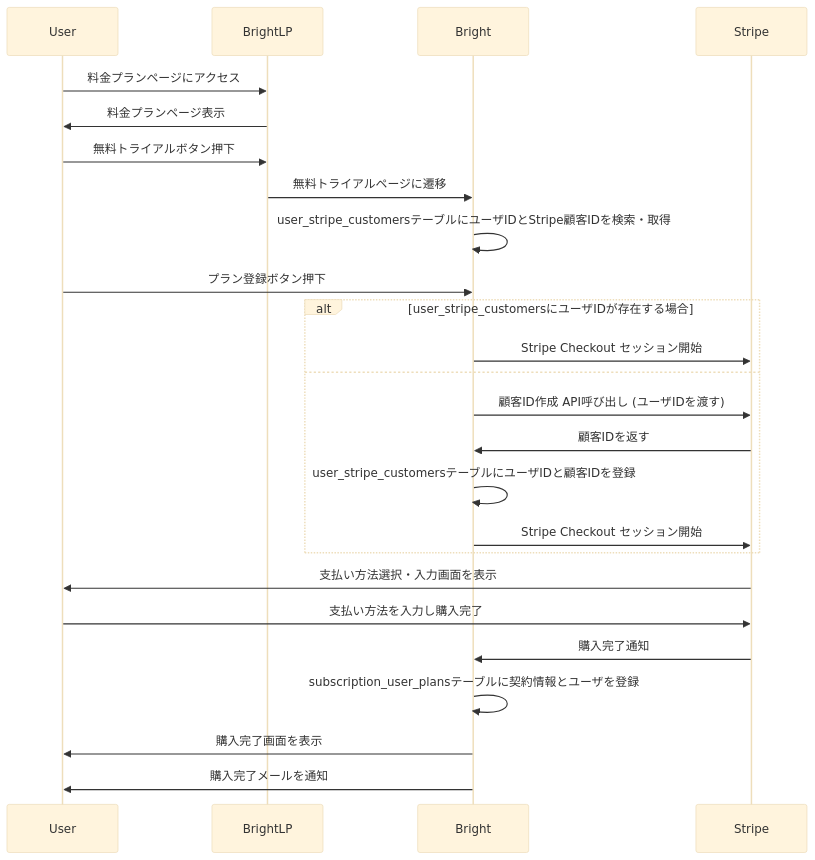
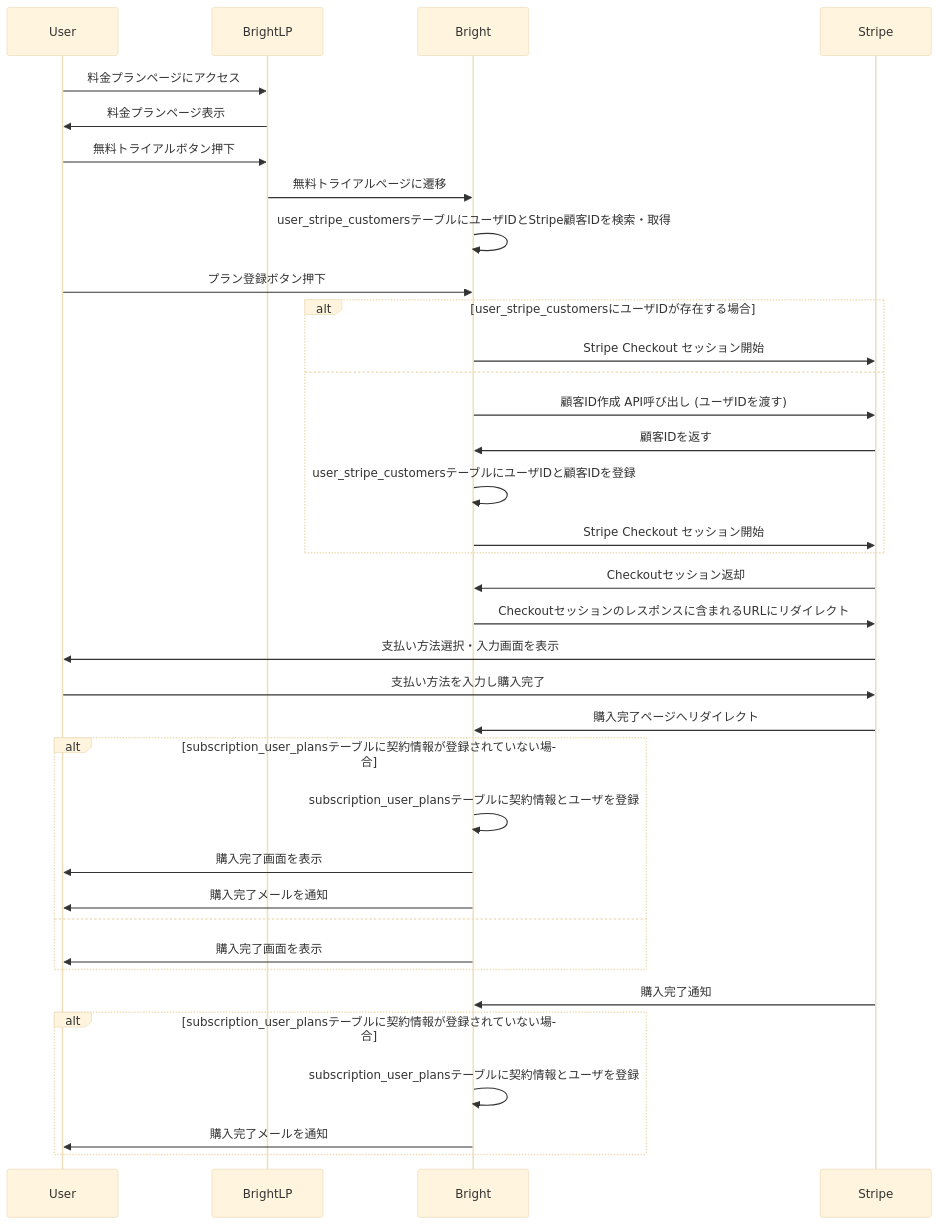
Before and after one commit to bright-org/bright: the fifth of 11 diagrams in docs/logics/subscription.md, drawn with Mermaid (base theme). The commit also changed other lines of this file, not shown here.

Commit message:
決済関連の設計ドキュメント作成 - シーケンス図の修正

````diff
--- a/docs/logics/subscription.md
+++ b/docs/logics/subscription.md
@@ -104,28 +104,40 @@
 ```mermaid
 sequenceDiagram
     participant User
     participant BrightLP
     participant Bright
     participant Stripe
 
     User ->> BrightLP: 料金プランページにアクセス
     BrightLP ->> User: 料金プランページ表示
     User ->> BrightLP: 無料トライアルボタン押下
     BrightLP ->> Bright: 無料トライアルページに遷移
     Bright ->> Bright: user_stripe_customersテーブルにユーザIDとStripe顧客IDを検索・取得
     User ->> Bright: プラン登録ボタン押下
     alt user_stripe_customersにユーザIDが存在する場合
         Bright ->> Stripe: Stripe Checkout セッション開始
     else
         Bright ->> Stripe: 顧客ID作成 API呼び出し (ユーザIDを渡す)
         Stripe ->> Bright: 顧客IDを返す
         Bright ->> Bright: user_stripe_customersテーブルにユーザIDと顧客IDを登録
         Bright ->> Stripe: Stripe Checkout セッション開始
     end
+    Stripe ->> Bright: Checkoutセッション返却
+    Bright ->> Stripe: Checkoutセッションのレスポンスに含まれるURLにリダイレクト
+
     Stripe ->> User: 支払い方法選択・入力画面を表示
     User ->> Stripe: 支払い方法を入力し購入完了
+    Stripe ->> Bright: 購入完了ページへリダイレクト
+    alt subscription_user_plansテーブルに契約情報が登録されていない場合
+        Bright ->> Bright: subscription_user_plansテーブルに契約情報とユーザを登録
+        Bright ->> User: 購入完了画面を表示
+        Bright ->> User: 購入完了メールを通知
+    else
+        Bright ->> User: 購入完了画面を表示
+    end
     Stripe ->> Bright: 購入完了通知
-    Bright ->> Bright: subscription_user_plansテーブルに契約情報とユーザを登録
-    Bright ->> User: 購入完了画面を表示
-    Bright ->> User: 購入完了メールを通知
+    alt subscription_user_plansテーブルに契約情報が登録されていない場合
+        Bright ->> Bright: subscription_user_plansテーブルに契約情報とユーザを登録
+        Bright ->> User: 購入完了メールを通知
+    end
 ```
````
